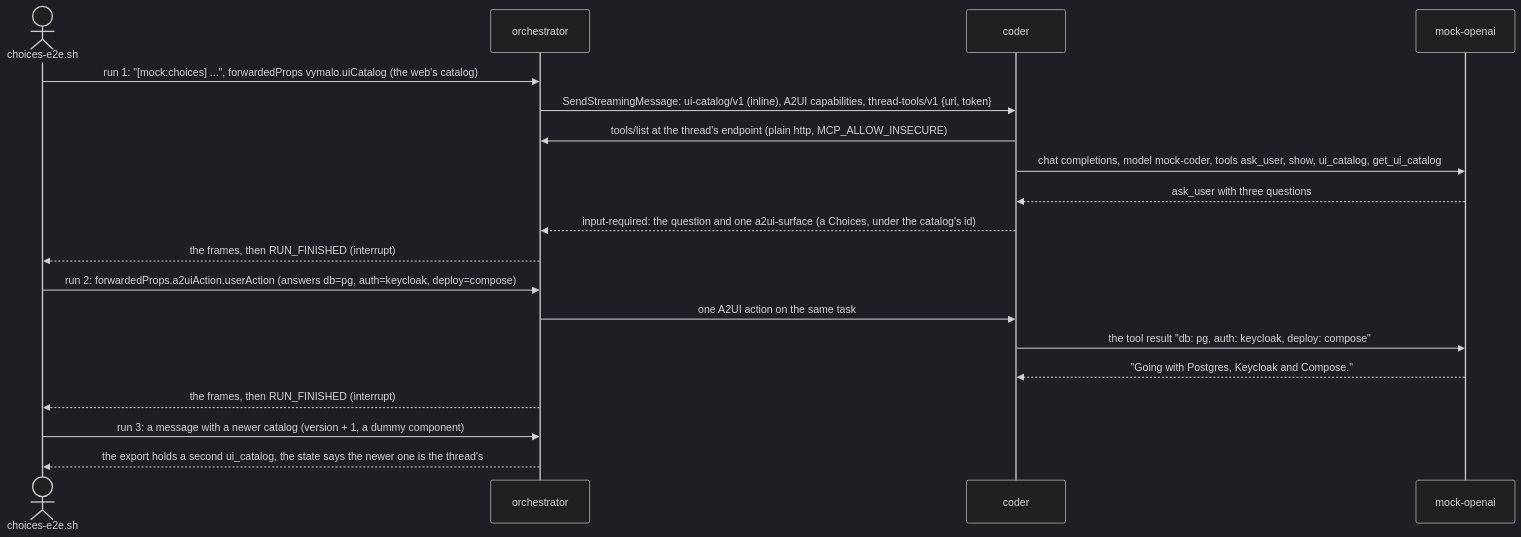
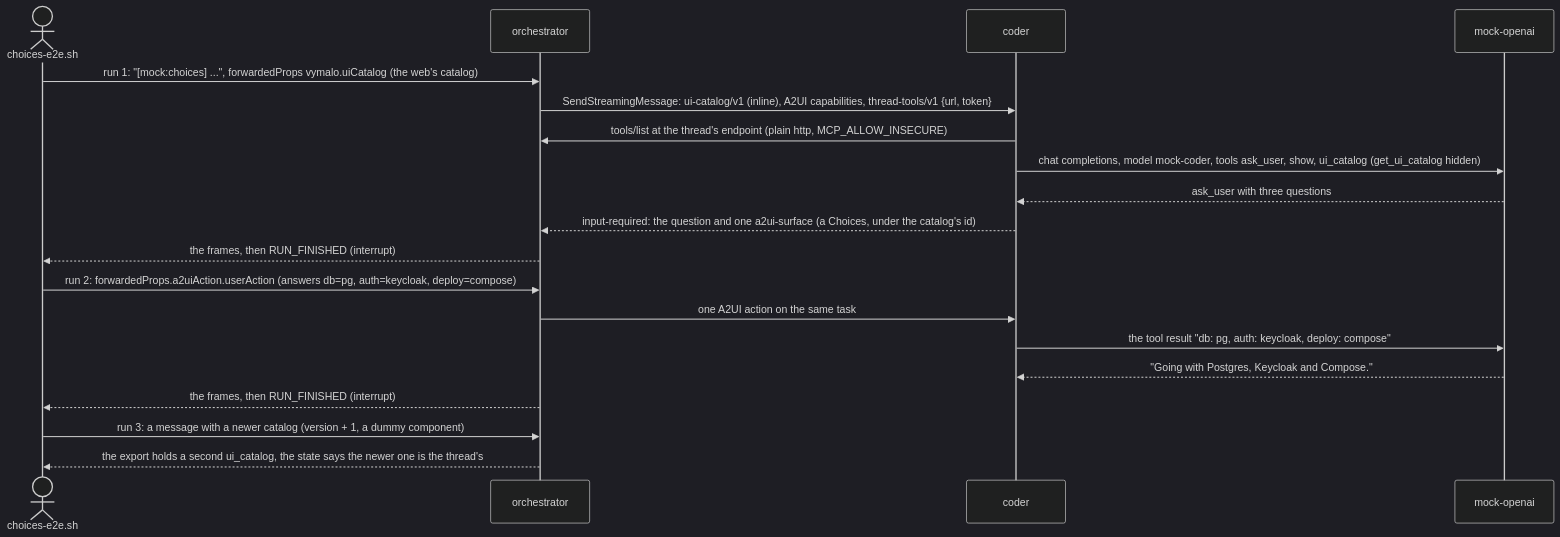
Before and after one commit to vymalo/another-agentic-system: the tenth of 27 diagrams in dev/README.md, drawn with Mermaid (dark theme). The commit also changed other lines of this file and 23 other files, not shown here.

````diff
--- a/dev/README.md
+++ b/dev/README.md
@@ -878,21 +878,21 @@
 ```mermaid
 sequenceDiagram
   actor U as choices-e2e.sh
   participant O as orchestrator
   participant C as coder
   participant M as mock-openai
   U->>O: run 1: "[mock:choices] ...", forwardedProps vymalo.uiCatalog (the web's catalog)
   O->>C: SendStreamingMessage: ui-catalog/v1 (inline), A2UI capabilities, thread-tools/v1 {url, token}
   C->>O: tools/list at the thread's endpoint (plain http, MCP_ALLOW_INSECURE)
-  C->>M: chat completions, model mock-coder, tools ask_user, show, ui_catalog, get_ui_catalog
+  C->>M: chat completions, model mock-coder, tools ask_user, show, ui_catalog (get_ui_catalog hidden)
   M-->>C: ask_user with three questions
   C-->>O: input-required: the question and one a2ui-surface (a Choices, under the catalog's id)
   O-->>U: the frames, then RUN_FINISHED (interrupt)
   U->>O: run 2: forwardedProps.a2uiAction.userAction (answers db=pg, auth=keycloak, deploy=compose)
   O->>C: one A2UI action on the same task
   C->>M: the tool result "db: pg, auth: keycloak, deploy: compose"
   M-->>C: "Going with Postgres, Keycloak and Compose."
   O-->>U: the frames, then RUN_FINISHED (interrupt)
   U->>O: run 3: a message with a newer catalog (version + 1, a dummy component)
   O-->>U: the export holds a second ui_catalog, the state says the newer one is the thread's
 ```
````
